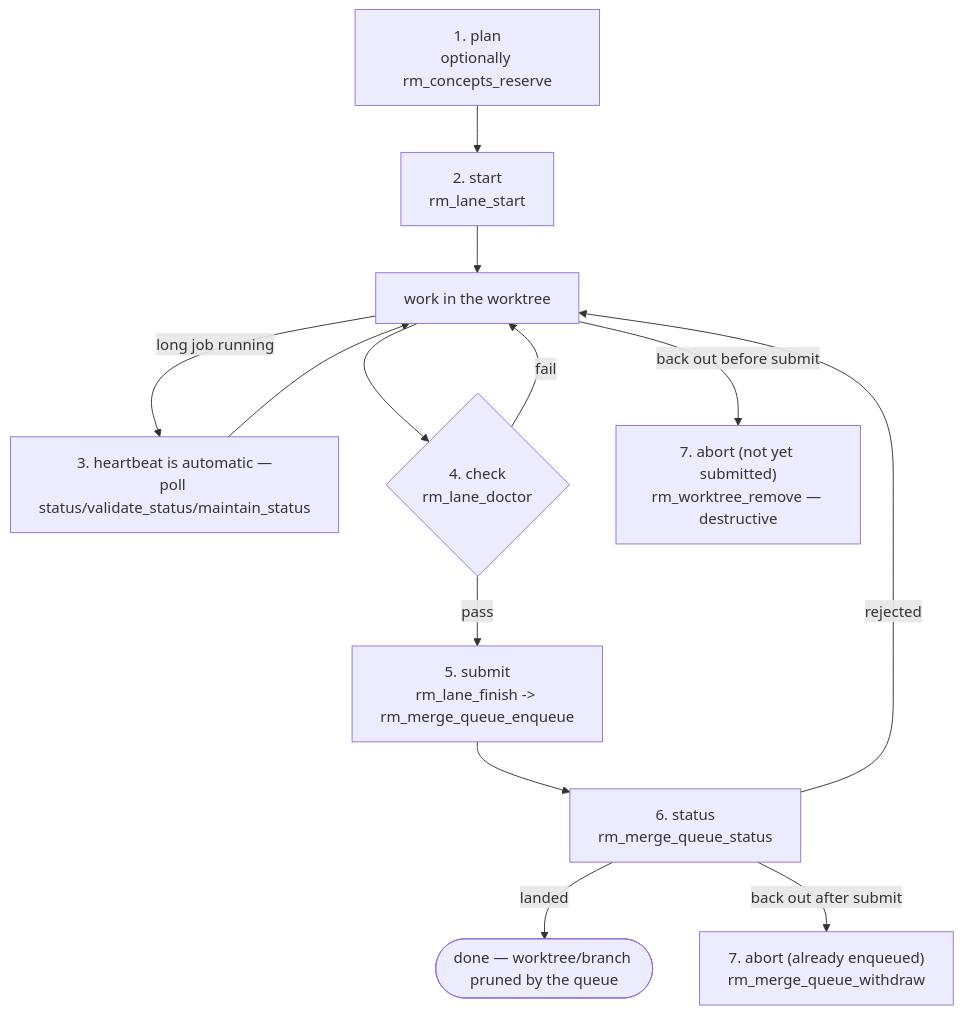
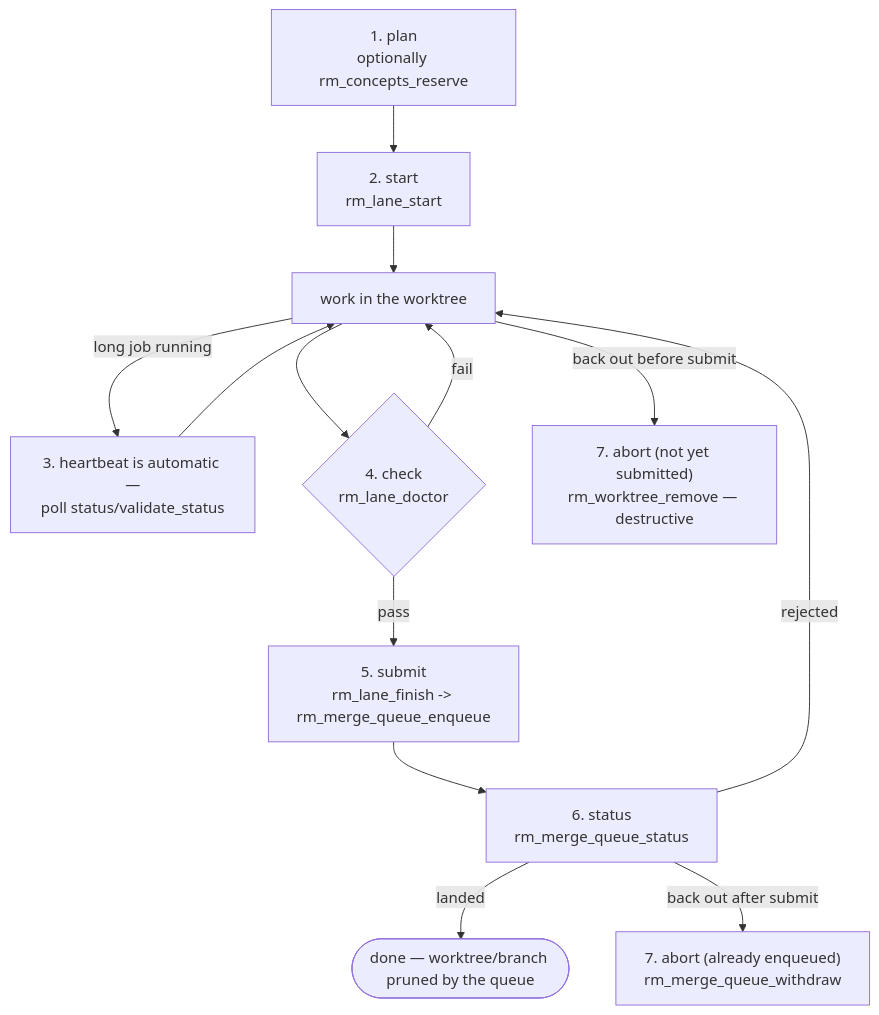
Before and after one commit to Knuckles-Team/repository-manager: the diagram in repository_manager/skills/repository-manager-development-lifecycle/SKILL.md, drawn with Mermaid. The commit also changed other lines of this file and 64 other files, not shown here.

````diff
--- a/repository_manager/skills/repository-manager-development-lifecycle/SKILL.md
+++ b/repository_manager/skills/repository-manager-development-lifecycle/SKILL.md
@@ -71,15 +71,15 @@
 ```mermaid
 flowchart TD
     P["1. plan<br/>optionally rm_concepts_reserve"] --> S["2. start<br/>rm_lane_start"]
     S --> W["work in the worktree"]
-    W -->|"long job running"| H["3. heartbeat is automatic —<br/>poll status/validate_status/maintain_status"]
+    W -->|"long job running"| H["3. heartbeat is automatic —<br/>poll status/validate_status"]
     H --> W
     W --> C{"4. check<br/>rm_lane_doctor"}
     C -->|"fail"| W
     C -->|"pass"| Sub["5. submit<br/>rm_lane_finish -> rm_merge_queue_enqueue"]
     Sub --> St["6. status<br/>rm_merge_queue_status"]
     St -->|"landed"| Done(["done — worktree/branch pruned by the queue"])
     St -->|"rejected"| W
     W -->|"back out before submit"| Ab1["7. abort (not yet submitted)<br/>rm_worktree_remove — destructive"]
     St -->|"back out after submit"| Ab2["7. abort (already enqueued)<br/>rm_merge_queue_withdraw"]
 ```
````
